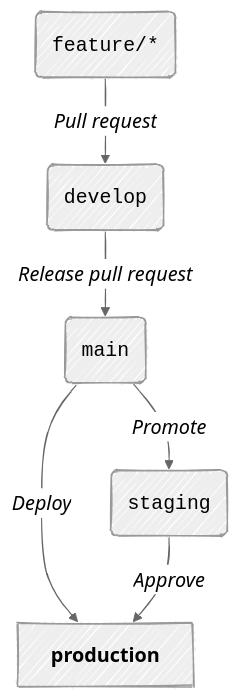
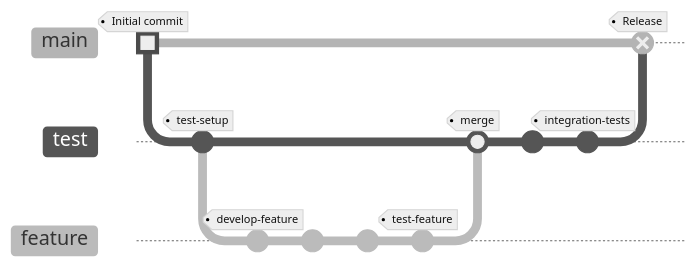
One commit to mjfrigaard/do4ds-labs changed the fourth of 4 diagrams in lab5.qmd. Above: the diagram before and after it, drawn with Mermaid. The commit also changed other lines of this file and 4 other files, not shown here. Commit ids are hidden.

````diff
--- a/lab5.qmd
+++ b/lab5.qmd
@@ -208,14 +178,26 @@
 ```{mermaid}
-%%| fig-cap: 'Typical CI-CD promotion pattern'
+%%| fig-cap: 'Git artifact immutability'
 %%| fig-width: 7.0
 %%| fig-align: center
 %%{init: {'theme': 'neutral', 'look': 'handDrawn', 'themeVariables': { 'fontFamily': 'monospace', "fontSize":"18px"}}}%%
+gitGraph
+    commit tag: "Initial commit" type: HIGHLIGHT
+    branch test
+    checkout test
+    commit tag: "test-setup"
 
-flowchart TB
-  Feat("<code>feature/*</code>") -->|<em>Pull request</em>| Dev("<code>develop</code>")
-  Dev -->|<em>Release pull request</em>| Main("<code>main</code>")
-  Main -->|<em>Deploy</em>| Prod["<strong>production</strong>"]
-  Main -->|<em>Promote</em>| St("<code>staging</code>")
-  St -->|<em>Approve</em>| Prod
-    
+    branch feature
+    checkout feature
+    commit tag: "develop-feature"
+    commit
+    commit
+    commit tag: "test-feature"
+
+    checkout test
+    merge feature tag: "merge"
+    commit
+    commit tag: "integration-tests"
+
+    checkout main
+    merge test id: "v1.4.1" tag: "Release" type: REVERSE
 ```
````
